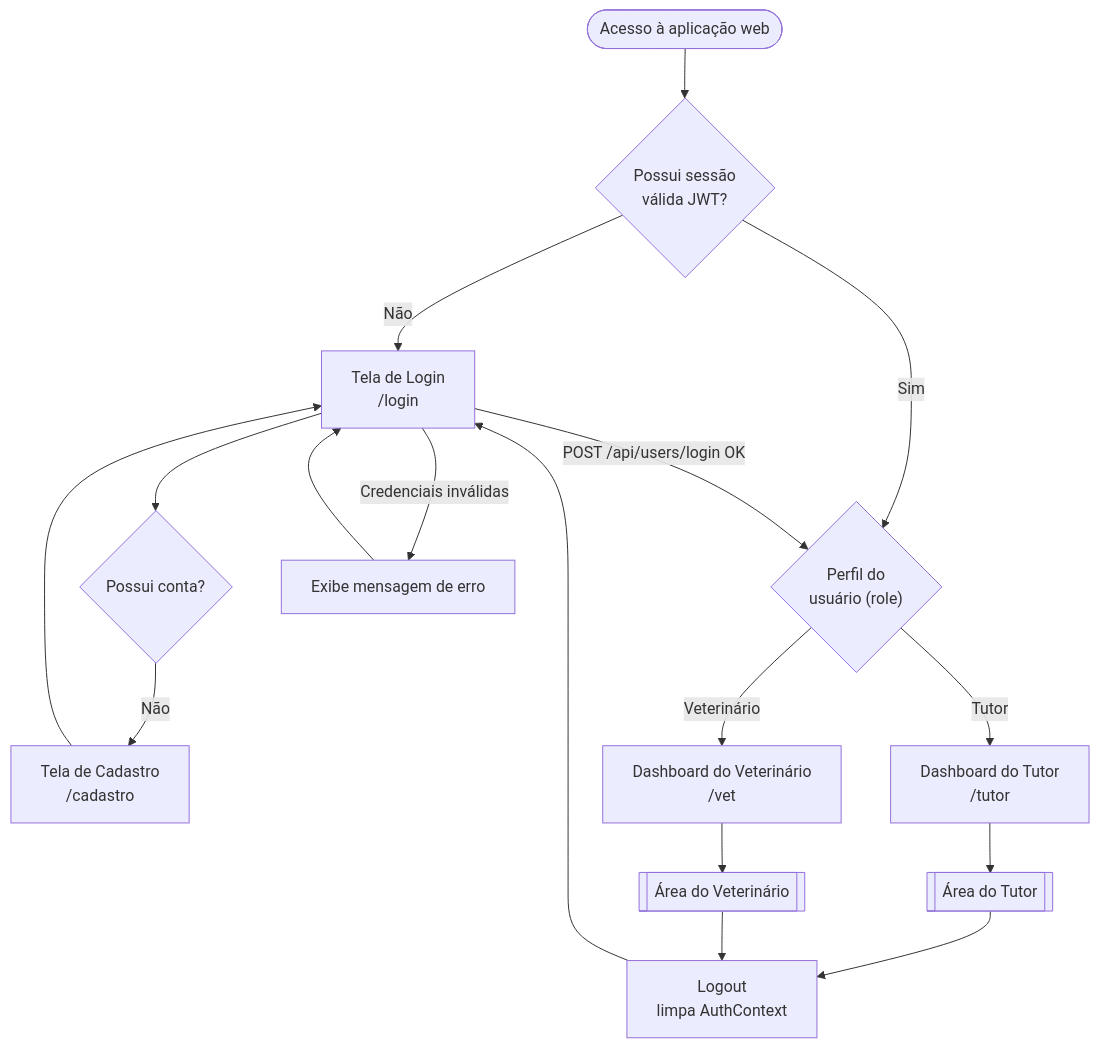
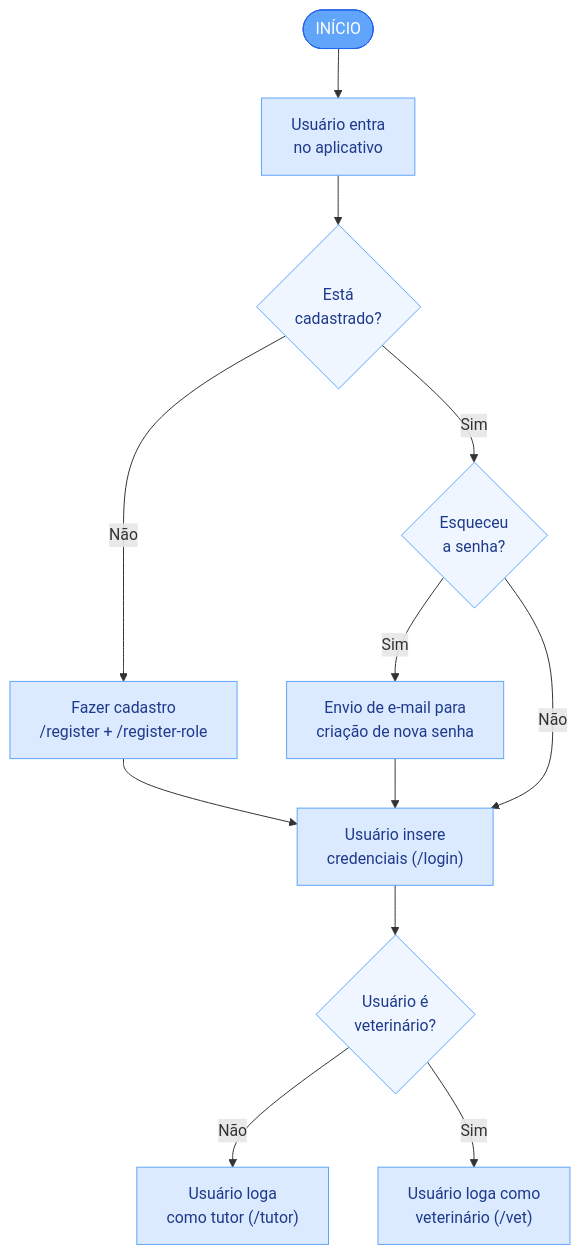
One commit to LaraPaulaSilva/petlife2copia changed the first of 4 diagrams in docs-frontend-web-fluxo-wireframes.md. Above: the diagram before and after it, drawn with Mermaid. The commit also changed other lines of this file, not shown here.

````diff
--- a/docs-frontend-web-fluxo-wireframes.md
+++ b/docs-frontend-web-fluxo-wireframes.md
@@ -17,23 +23,24 @@
 ```mermaid
 flowchart TD
-    start(["Acesso à aplicação web"]) --> auth{"Possui sessão<br/>válida JWT?"}
-    auth -->|Não| login["Tela de Login<br/>/login"]
-    auth -->|Sim| role{"Perfil do<br/>usuário (role)"}
+    inicio(["INÍCIO"]) --> entra["Usuário entra<br/>no aplicativo"]
+    entra --> cadastrado{"Está<br/>cadastrado?"}
 
-    login --> cad{"Possui conta?"}
-    cad -->|Não| signup["Tela de Cadastro<br/>/cadastro"]
-    signup --> login
-    login -->|Credenciais inválidas| erroLogin["Exibe mensagem de erro"]
-    erroLogin --> login
-    login -->|"POST /api/users/login OK"| role
+    cadastrado -->|Não| fazCad["Fazer cadastro<br/>/register + /register-role"]
+    cadastrado -->|Sim| esqueceu{"Esqueceu<br/>a senha?"}
 
-    role -->|Tutor| dashTutor["Dashboard do Tutor<br/>/tutor"]
-    role -->|Veterinário| dashVet["Dashboard do Veterinário<br/>/vet"]
+    esqueceu -->|Sim| email["Envio de e-mail para<br/>criação de nova senha"]
+    esqueceu -->|Não| credenciais["Usuário insere<br/>credenciais (/login)"]
+    fazCad --> credenciais
+    email --> credenciais
 
-    dashTutor --> areaTutor[["Área do Tutor"]]
-    dashVet --> areaVet[["Área do Veterinário"]]
+    credenciais --> ehVet{"Usuário é<br/>veterinário?"}
+    ehVet -->|Não| logaTutor["Usuário loga<br/>como tutor (/tutor)"]
+    ehVet -->|Sim| logaVet["Usuário loga como<br/>veterinário (/vet)"]
 
-    areaTutor --> logout["Logout<br/>limpa AuthContext"]
-    areaVet --> logout
-    logout --> login
+    classDef topo fill:#dbeafe,stroke:#60a5fa,color:#1e3a8a;
+    classDef decisao fill:#eff6ff,stroke:#60a5fa,color:#1e3a8a;
+    classDef inicioFim fill:#60a5fa,stroke:#2563eb,color:#ffffff;
+    class entra,fazCad,email,credenciais,logaTutor,logaVet topo;
+    class cadastrado,esqueceu,ehVet decisao;
+    class inicio inicioFim;
 ```
````
